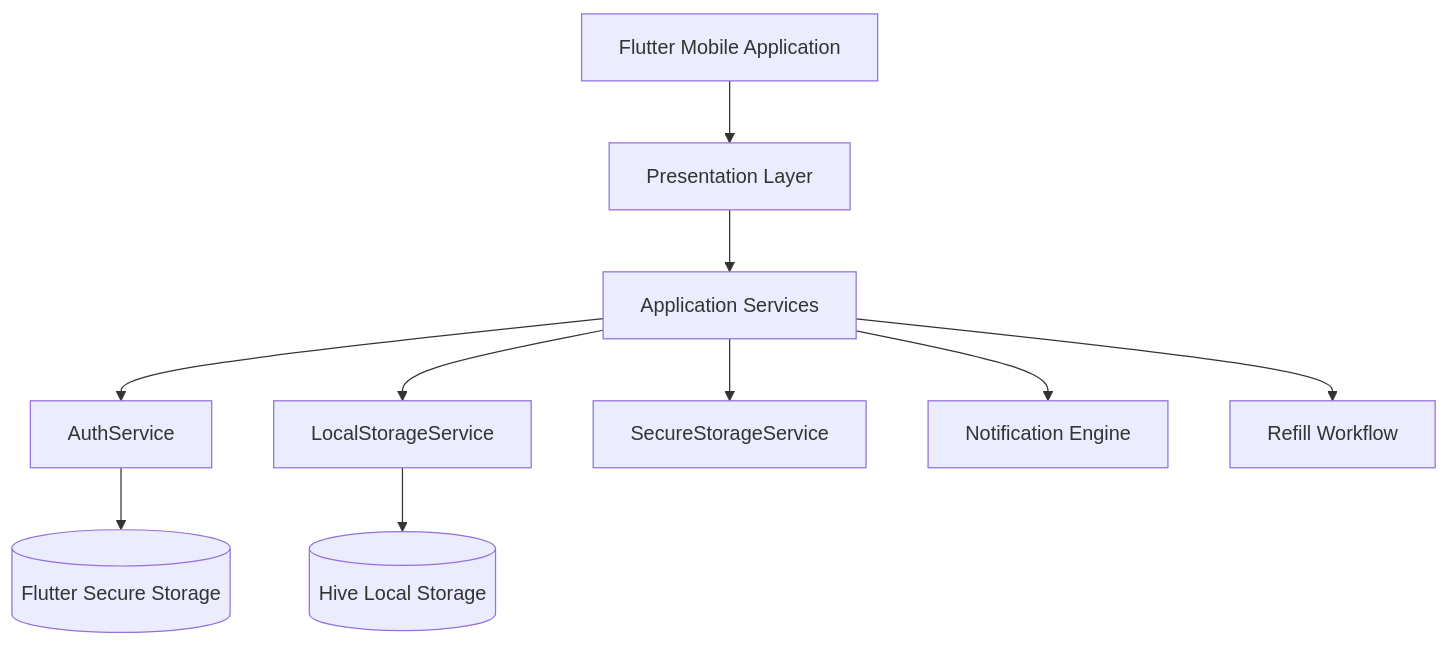
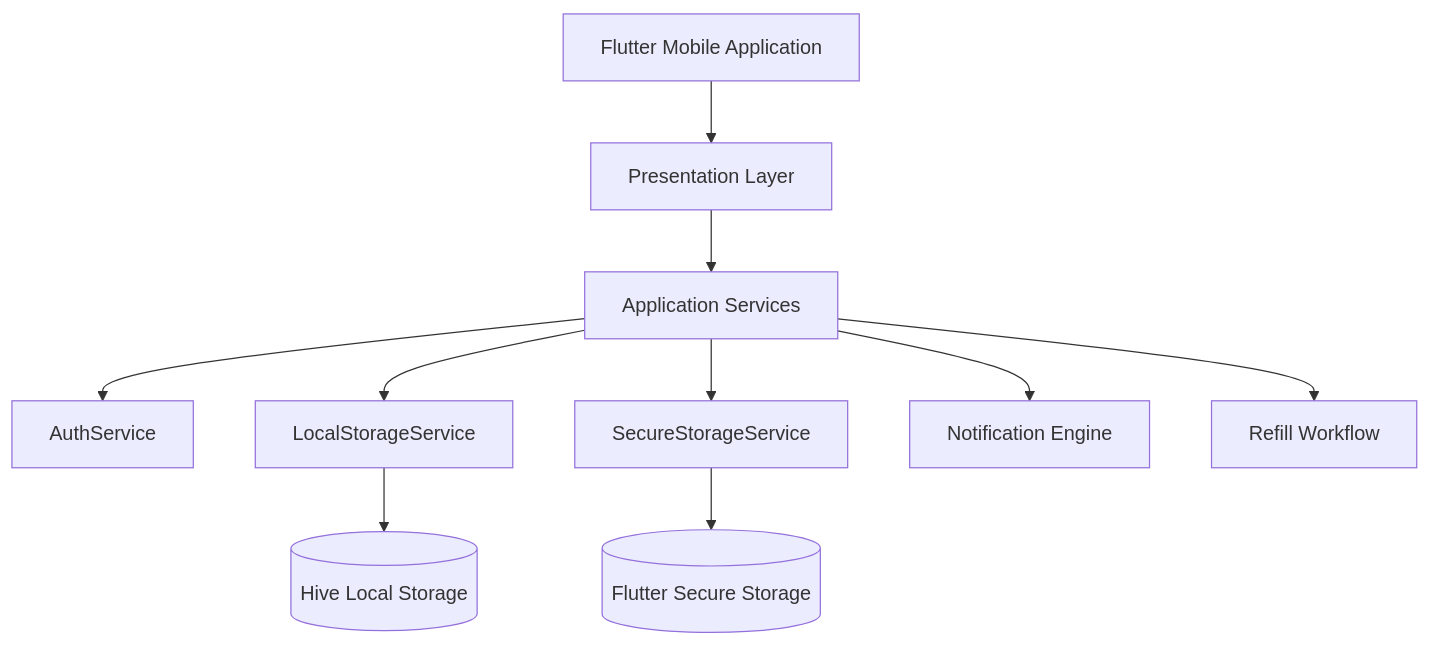
Before and after one commit to rxanderx/CSE-397-RxNOW: the first of 8 diagrams in Teamwork/backEnd-visuals.md, drawn with Mermaid. The commit also changed other lines of this file, not shown here.

````diff
--- a/Teamwork/backEnd-visuals.md
+++ b/Teamwork/backEnd-visuals.md
@@ -7,19 +7,14 @@
 ```mermaid
 flowchart TD
-
-    A[Flutter Mobile Application]
-
-    A --> B[Presentation Layer]
-
+    A[Flutter Mobile Application] --> B[Presentation Layer]
     B --> C[Application Services]
 
     C --> D[AuthService]
     C --> E[LocalStorageService]
     C --> F[SecureStorageService]
     C --> G[Notification Engine]
     C --> H[Refill Workflow]
 
     E --> I[(Hive Local Storage)]
-
-    D --> J[(Flutter Secure Storage)]
+    F --> J[(Flutter Secure Storage)]
 ```
````
